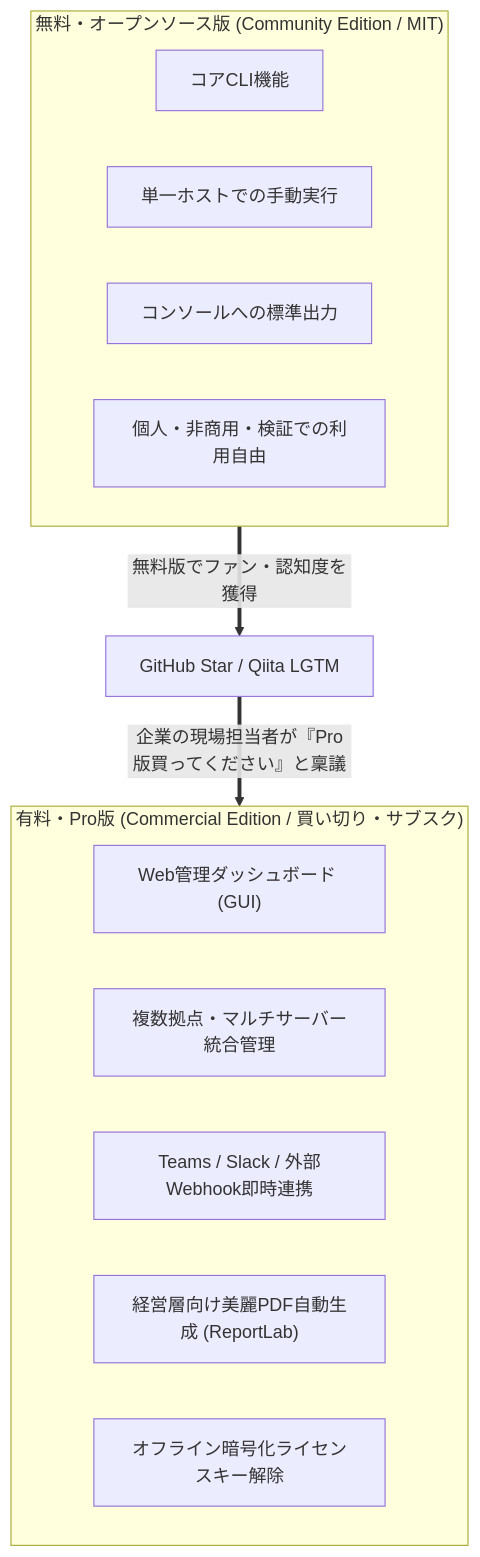
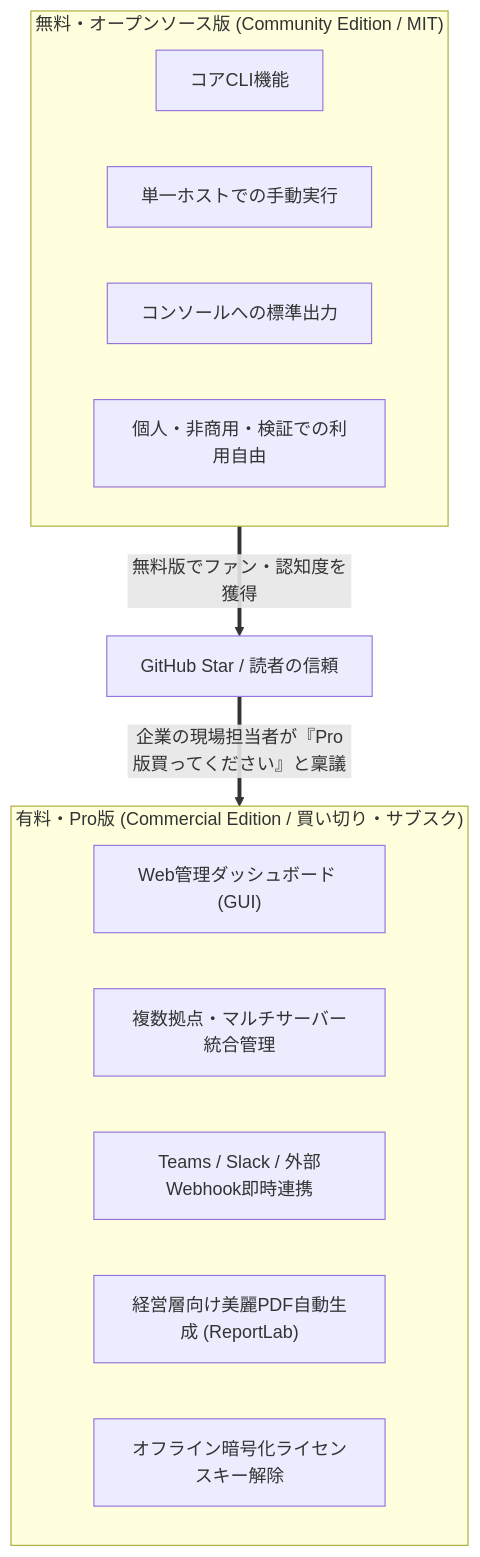
The diagram in QIITA_ARTICLE_DETAIL_95.md (ojisantech/ojisan-arsenal), drawn with Mermaid before and after one commit. The commit also changed other lines of this file and 245 other files, not shown here.

Commit message:
feat: add 200 architecture diagram PNGs, fix diagrams syntax and sanitize tone

````diff
--- a/QIITA_ARTICLE_DETAIL_95.md
+++ b/QIITA_ARTICLE_DETAIL_95.md
@@ -34,20 +34,20 @@
 ```mermaid
 flowchart TD
     subgraph FreeOSS["無料・オープンソース版 (Community Edition / MIT)"]
         F1["コアCLI機能"]
         F2["単一ホストでの手動実行"]
         F3["コンソールへの標準出力"]
         F4["個人・非商用・検証での利用自由"]
     end
 
     subgraph PaidPro["有料・Pro版 (Commercial Edition / 買い切り・サブスク)"]
         P1["Web管理ダッシュボード (GUI)"]
         P2["複数拠点・マルチサーバー統合管理"]
         P3["Teams / Slack / 外部Webhook即時連携"]
         P4["経営層向け美麗PDF自動生成 (ReportLab)"]
         P5["オフライン暗号化ライセンスキー解除"]
     end
 
-    FreeOSS ==>|"無料版でファン・認知度を獲得"| Funnel["GitHub Star / Qiita LGTM"]
+    FreeOSS ==>|"無料版でファン・認知度を獲得"| Funnel["GitHub Star / 読者の信頼"]
     Funnel ==>|"企業の現場担当者が『Pro版買ってください』と稟議"| PaidPro
 ```
````
